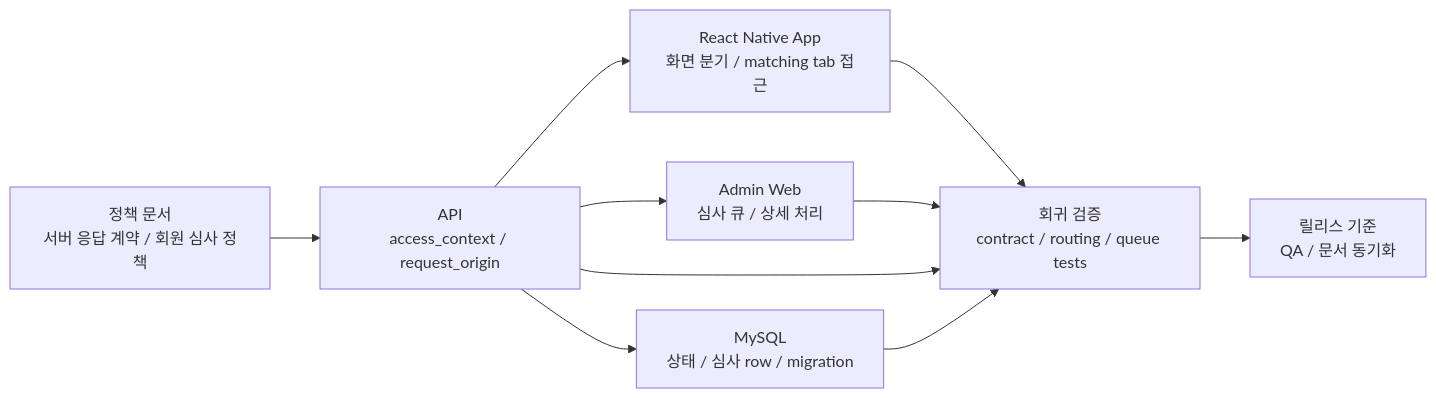
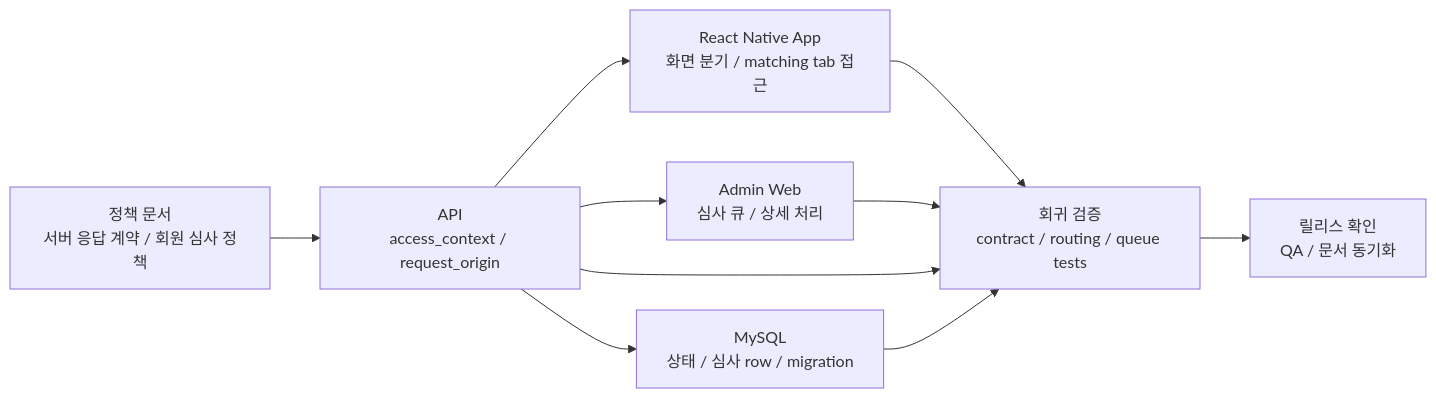
Before and after one commit to zmrdltl/portfolio: the second of 2 diagrams in docs/projects/coupler.md, drawn with Mermaid. The commit also changed other lines of this file and 11 other files, not shown here.

````diff
--- a/docs/projects/coupler.md
+++ b/docs/projects/coupler.md
@@ -42,20 +42,20 @@
 ```mermaid
 flowchart LR
   docs["정책 문서\n서버 응답 계약 / 회원 심사 정책"]
   api["API\naccess_context / request_origin"]
   app["React Native App\n화면 분기 / matching tab 접근"]
   admin["Admin Web\n심사 큐 / 상세 처리"]
   db["MySQL\n상태 / 심사 row / migration"]
   tests["회귀 검증\ncontract / routing / queue tests"]
-  release["릴리스 기준\nQA / 문서 동기화"]
+  release["릴리스 확인\nQA / 문서 동기화"]
 
   docs --> api
   api --> app
   api --> admin
   api --> db
   app --> tests
   admin --> tests
   api --> tests
   db --> tests
   tests --> release
 ```
````
